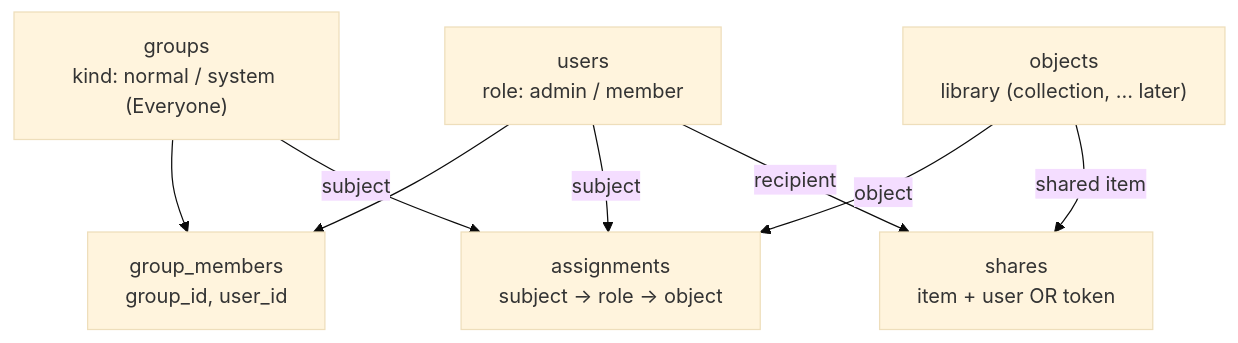
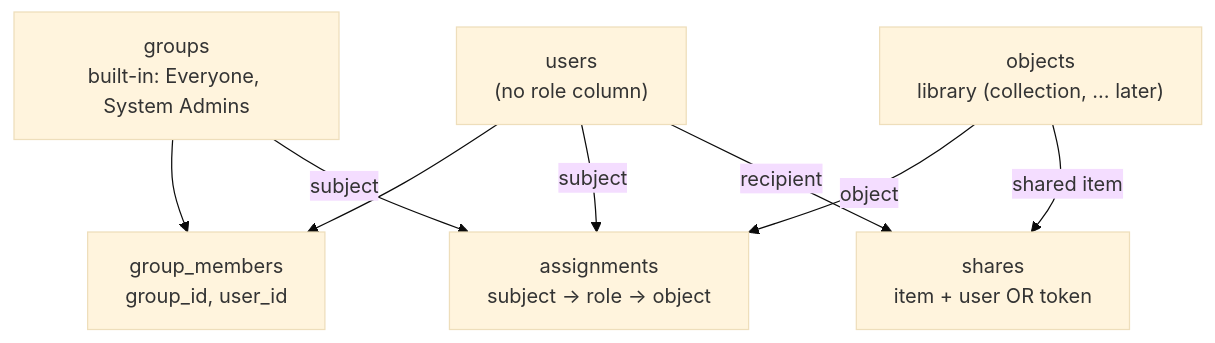
The second of 2 diagrams in Documents/permissions.md (isputnikdotnet/isputnik.home), drawn with Mermaid (base theme) before and after one commit. The commit also changed other lines of this file, not shown here.

First line of the commit message:
docs(permissions): admins as a built-in System Admins group

````diff
--- a/Documents/permissions.md
+++ b/Documents/permissions.md
@@ -107,17 +137,17 @@
 ```mermaid
 flowchart TD
-    U["users<br/>role: admin / member"]
-    G["groups<br/>kind: normal / system (Everyone)"]
+    U["users<br/>(no role column)"]
+    G["groups<br/>built-in: Everyone, System Admins"]
     GM["group_members<br/>group_id, user_id"]
     A["assignments<br/>subject → role → object"]
     O["objects<br/>library (collection, … later)"]
     S["shares<br/>item + user OR token"]
 
     U --> GM
     G --> GM
     U -- "subject" --> A
     G -- "subject" --> A
     O -- "object" --> A
     U -- "recipient" --> S
     O -- "shared item" --> S
 ```
````
